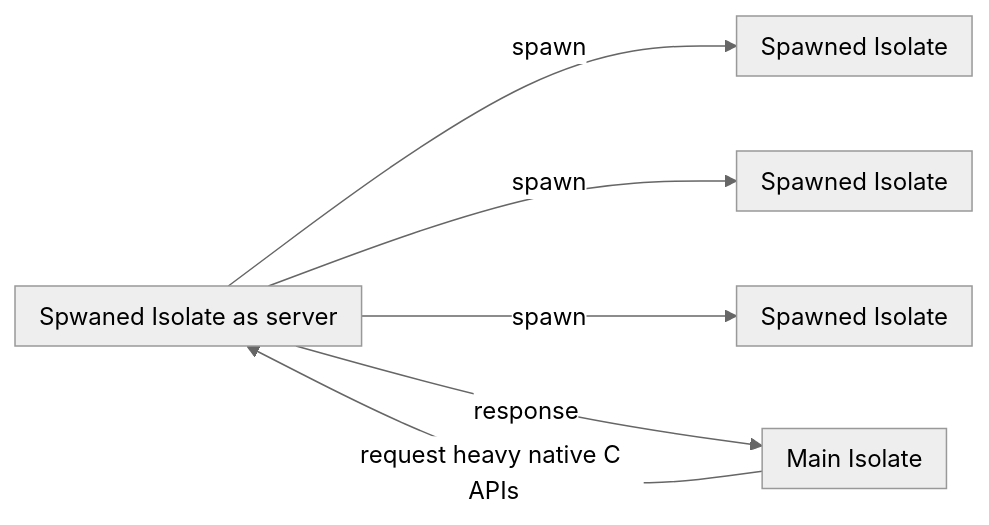
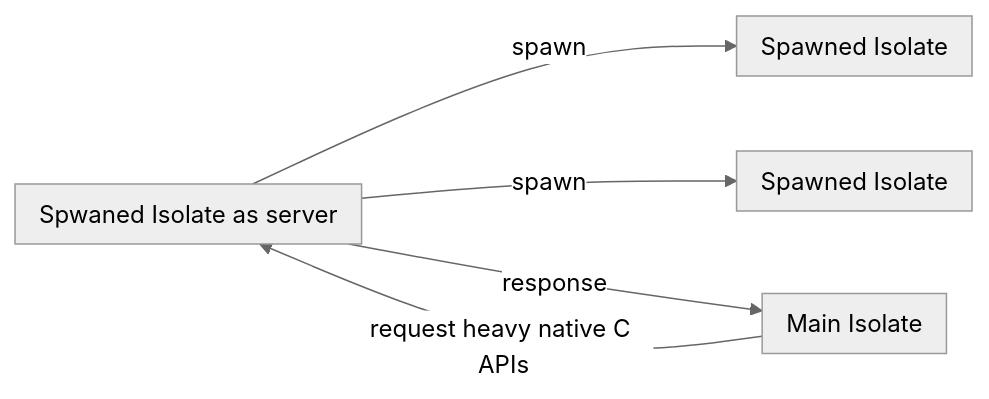
One commit to sensuikan1973/flutter_expensive_native_embedding_journey changed the third of 3 diagrams in slide/pages/journey_native_C_APIs.md. Above: the diagram before and after it, drawn with Mermaid (neutral theme).

````diff
--- a/slide/pages/journey_native_C_APIs.md
+++ b/slide/pages/journey_native_C_APIs.md
@@ -102,16 +102,14 @@
 ```mermaid
 flowchart LR
     subgraph M ["Main#32;Isolate"]
     end
     M -->|"request#32;heavy#32;native#32;C#32;APIs"| S
     subgraph S ["Spwaned#32;Isolate#32;as#32;server"]
     end
-    S -->|spawn| S2 & S3 & S4
+    S -->|spawn| S2 & S3
     subgraph S2 ["Spawned#32;Isolate"]
     end
     subgraph S3 ["Spawned#32;Isolate"]
     end
-    subgraph S4 ["Spawned#32;Isolate"]
-    end
     S -->|response| M
 ```
````
